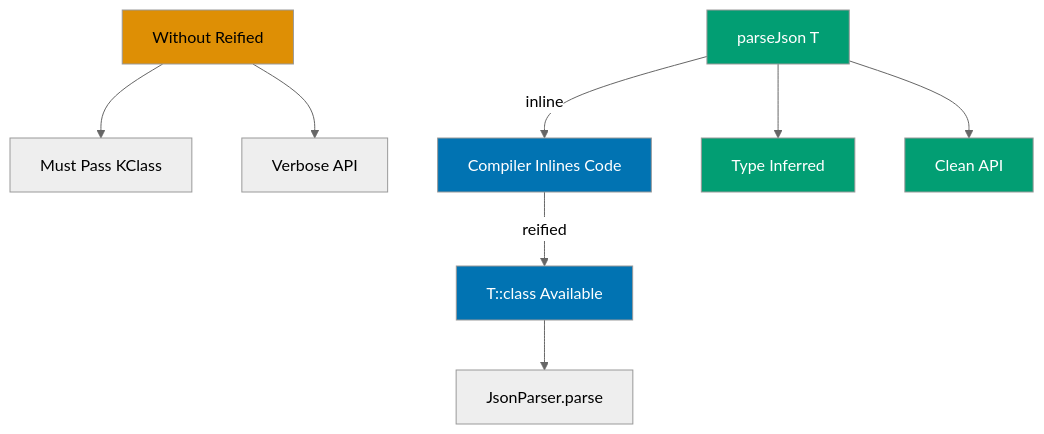
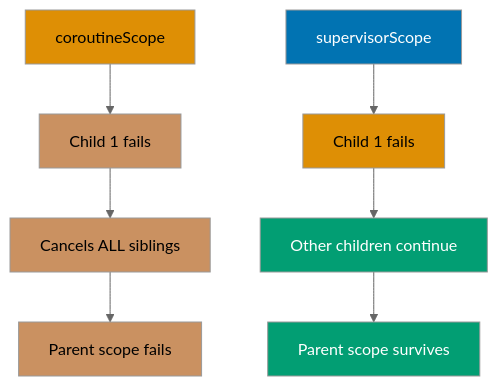
One commit to wahidyankf/open-sharia-enterprise changed the first of 4 diagrams in apps/ayokoding-web/content/en/learn/software-engineering/programming-languages/kotlin/tutorials/by-example/advanced.md. Above: the diagram before and after it, drawn with Mermaid (neutral theme). The commit also changed other lines of this file and 6 other files, not shown here.

````diff
--- a/apps/ayokoding-web/content/en/learn/software-engineering/programming-languages/kotlin/tutorials/by-example/advanced.md
+++ b/apps/ayokoding-web/content/en/learn/software-engineering/programming-languages/kotlin/tutorials/by-example/advanced.md
@@ -586,19 +16,20 @@
 ```mermaid
+%% Coroutine failure propagation comparison
 graph TD
-    A[parseJson T] -->|inline| B[Compiler Inlines Code]
-    B -->|reified| C[T::class Available]
-    C --> D[JsonParser.parse]
+    A[coroutineScope] --> B[Child 1 fails]
+    B --> C[Cancels ALL siblings]
+    C --> D[Parent scope fails]
 
-    E[Without Reified] --> F[Must Pass KClass]
-    E --> G[Verbose API]
+    E[supervisorScope] --> F[Child 1 fails]
+    F --> G[Other children continue]
+    G --> H[Parent scope survives]
 
-    A --> H[Type Inferred]
-    A --> I[Clean API]
-
-    style A fill:#029E73,color:#fff
-    style B fill:#0173B2,color:#fff
-    style C fill:#0173B2,color:#fff
-    style E fill:#DE8F05,color:#000
+    style A fill:#DE8F05,color:#000
+    style B fill:#CA9161,color:#000
+    style C fill:#CA9161,color:#000
+    style D fill:#CA9161,color:#000
+    style E fill:#0173B2,color:#fff
+    style F fill:#DE8F05,color:#000
+    style G fill:#029E73,color:#fff
     style H fill:#029E73,color:#fff
-    style I fill:#029E73,color:#fff
 ```
````
